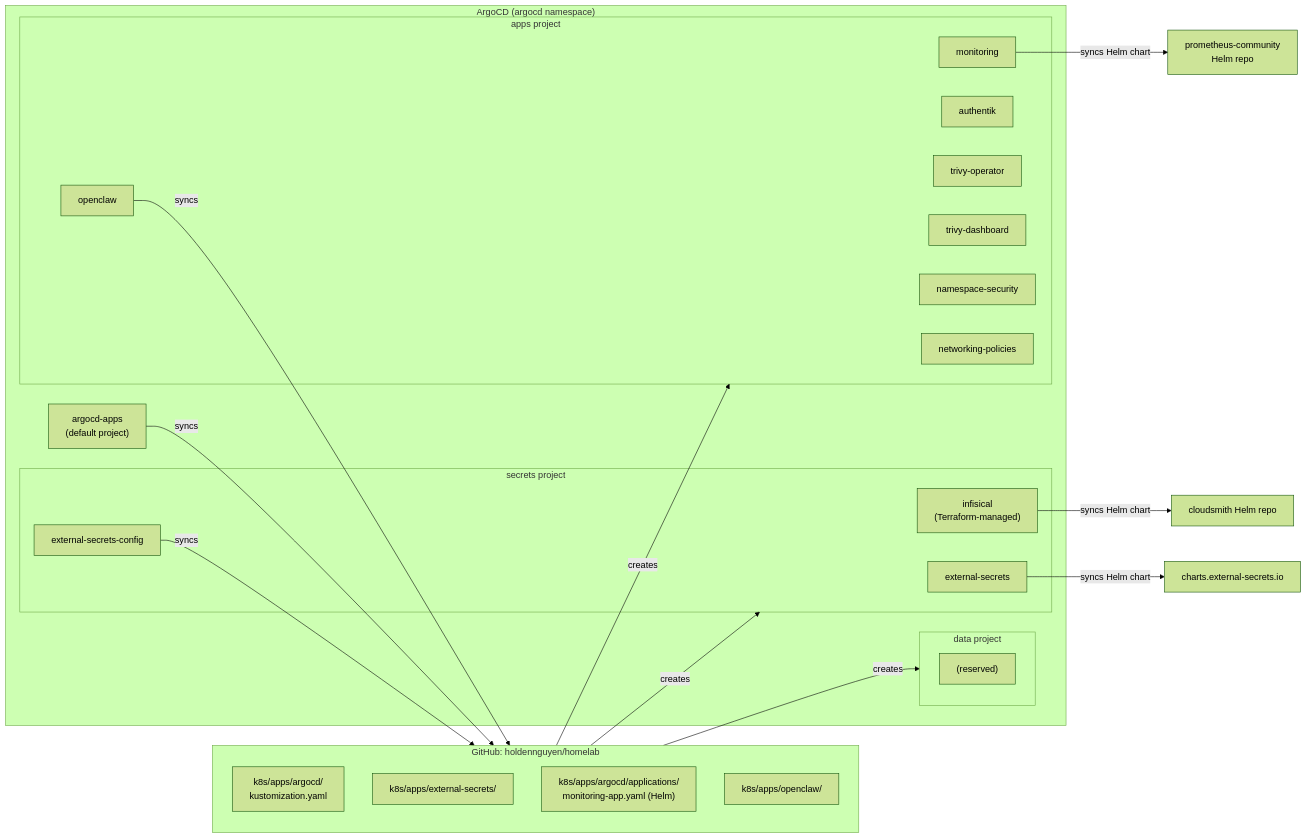
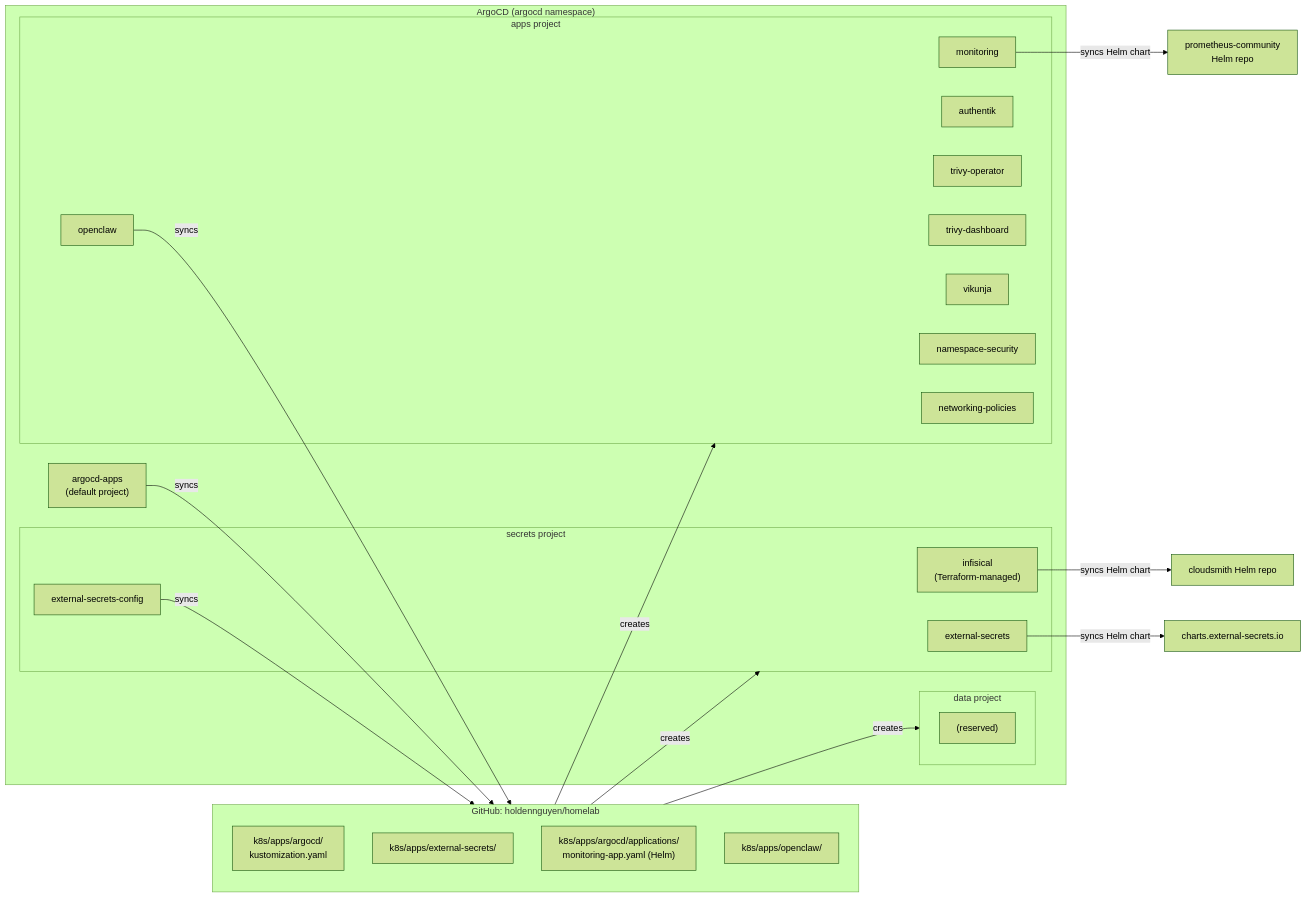
One commit to haingth77/homelab changed the second of 4 diagrams in docs/getting-started/architecture.md. Above: the diagram before and after it, drawn with Mermaid (forest theme). The commit also changed other lines of this file and 9 other files, not shown here.

````diff
--- a/docs/getting-started/architecture.md
+++ b/docs/getting-started/architecture.md
@@ -72,45 +72,46 @@
 ```mermaid
 flowchart LR
     subgraph git["GitHub: holdennguyen/homelab"]
         direction TB
         RootDir["k8s/apps/argocd/\nkustomization.yaml"]
         ESDir["k8s/apps/external-secrets/"]
         MonDir["k8s/apps/argocd/applications/\nmonitoring-app.yaml (Helm)"]
         OCDir["k8s/apps/openclaw/"]
     end
 
     subgraph argocd["ArgoCD (argocd namespace)"]
         RootApp["argocd-apps\n(default project)"]
 
         subgraph secretsProj["secrets project"]
             InfisicalApp["infisical\n(Terraform-managed)"]
             ESOApp["external-secrets"]
             ESCApp["external-secrets-config"]
         end
 
         subgraph dataProj["data project"]
             DataPlaceholder["(reserved)"]
         end
 
         subgraph appsProj["apps project"]
             MonApp["monitoring"]
             AuthApp["authentik"]
             OCApp["openclaw"]
             TrivyApp["trivy-operator"]
             TrivyDashApp["trivy-dashboard"]
+            VikApp["vikunja"]
             NSApp["namespace-security"]
             NPApp["networking-policies"]
         end
     end
 
     RootApp -- "syncs" --> RootDir
     RootDir -- "creates" --> secretsProj
     RootDir -- "creates" --> dataProj
     RootDir -- "creates" --> appsProj
 
     ESOApp -- "syncs Helm chart" --> ESOChart["charts.external-secrets.io"]
     ESCApp -- "syncs" --> ESDir
     MonApp -- "syncs Helm chart" --> MonChart["prometheus-community\nHelm repo"]
     OCApp -- "syncs" --> OCDir
     InfisicalApp -- "syncs Helm chart" --> InfisicalChart["cloudsmith Helm repo"]
 ```
````
